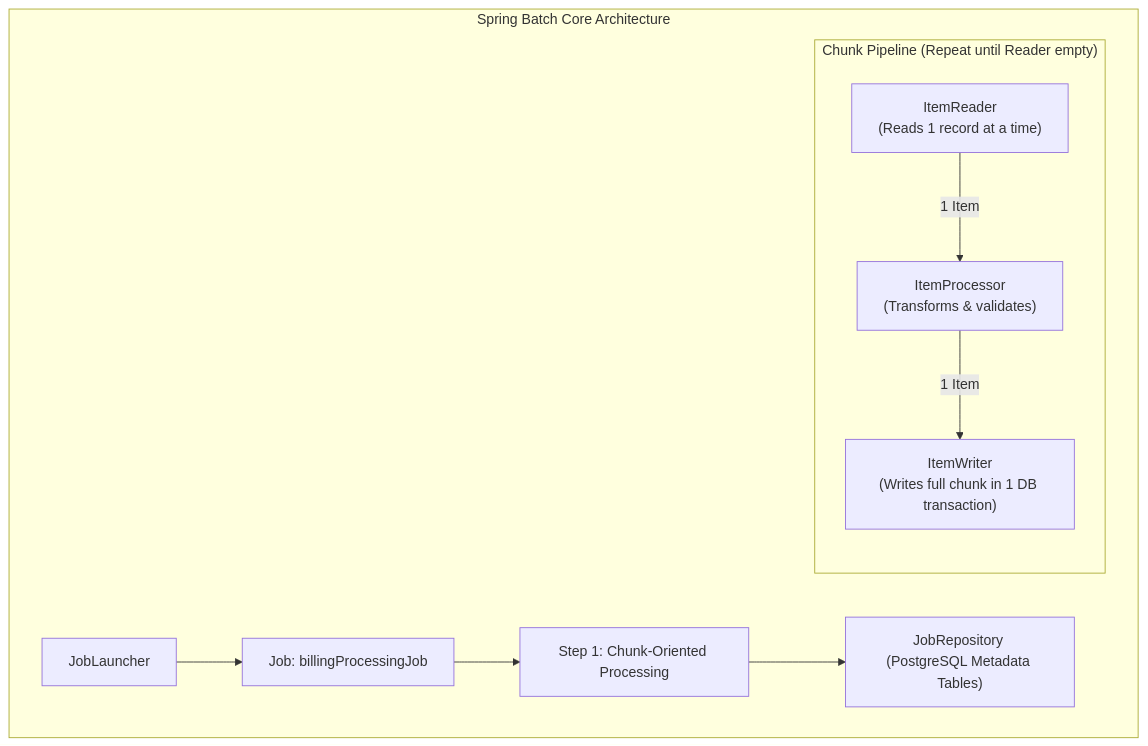
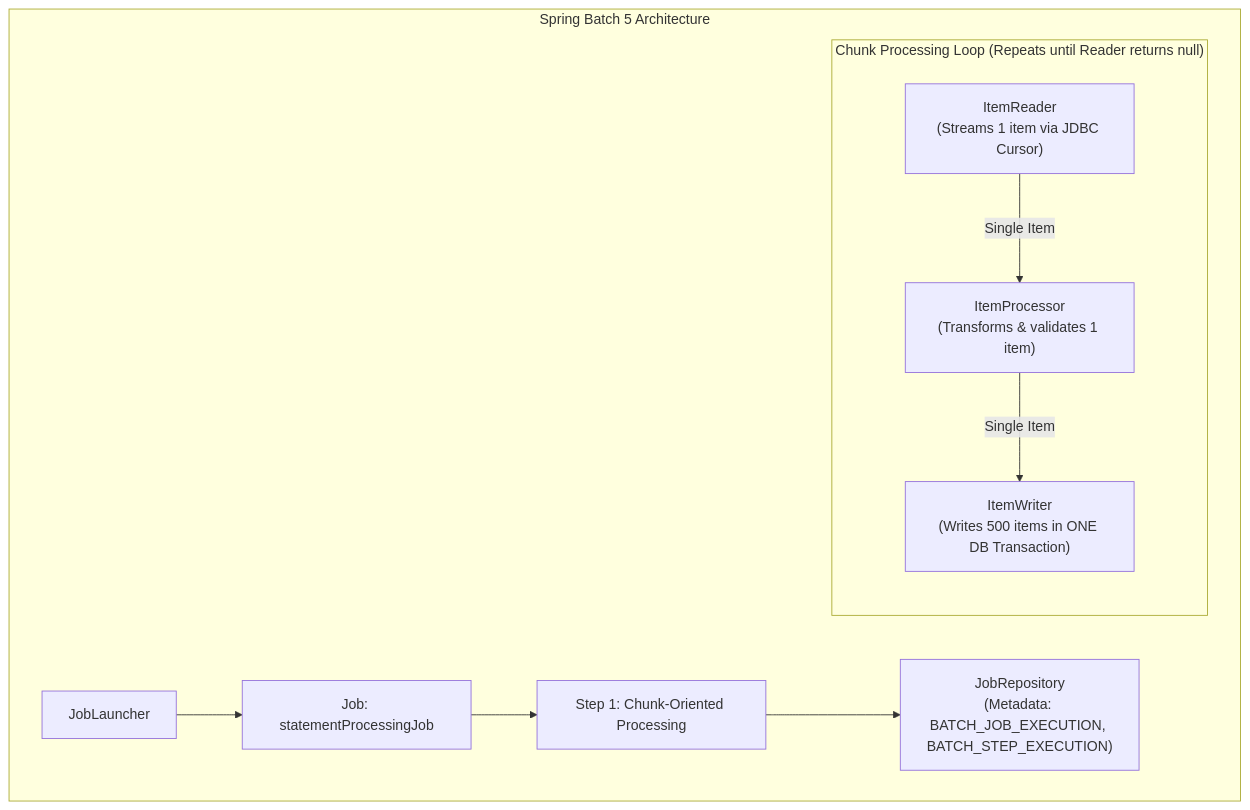
One commit to weaponxwolf/backend-engineering-mastry changed the fourth of 6 diagrams in docs/advanced/distributed-batch-scheduling.mdx. Above: the diagram before and after it, drawn with Mermaid. The commit also changed other lines of this file and 15 other files, not shown here.

````diff
--- a/docs/advanced/distributed-batch-scheduling.mdx
+++ b/docs/advanced/distributed-batch-scheduling.mdx
@@ -114,18 +243,18 @@
 ```mermaid
 flowchart TD
-    subgraph SpringBatchArchitecture["Spring Batch Core Architecture"]
-        Launcher["JobLauncher"] --> Job["Job: billingProcessingJob"]
+    subgraph SpringBatchCore["Spring Batch 5 Architecture"]
+        Launcher["JobLauncher"] --> Job["Job: statementProcessingJob"]
         Job --> Step1["Step 1: Chunk-Oriented Processing"]
         
-        subgraph ChunkStep["Chunk Pipeline (Repeat until Reader empty)"]
-            Reader["ItemReader\n(Reads 1 record at a time)"]
-            Processor["ItemProcessor\n(Transforms & validates)"]
-            Writer["ItemWriter\n(Writes full chunk in 1 DB transaction)"]
+        subgraph ChunkCycle["Chunk Processing Loop (Repeats until Reader returns null)"]
+            Reader["ItemReader\n(Streams 1 item via JDBC Cursor)"]
+            Processor["ItemProcessor\n(Transforms & validates 1 item)"]
+            Writer["ItemWriter\n(Writes 500 items in ONE DB Transaction)"]
             
-            Reader -->|1 Item| Processor
-            Processor -->|1 Item| Writer
+            Reader -->|Single Item| Processor
+            Processor -->|Single Item| Writer
         end
         
-        Step1 --> JobRepo["JobRepository (PostgreSQL Metadata Tables)"]
+        Step1 --> JobRepo["JobRepository\n(Metadata: BATCH_JOB_EXECUTION, BATCH_STEP_EXECUTION)"]
     end
 ```
````
